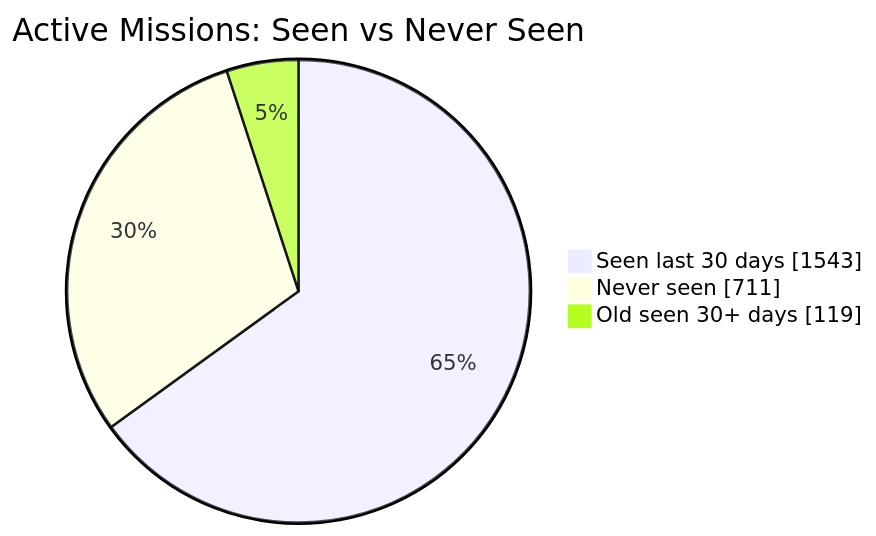
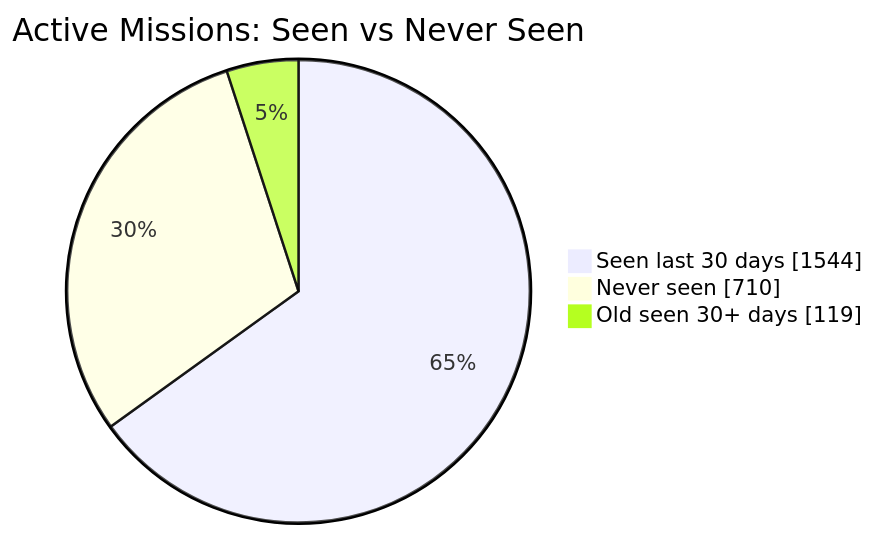
Before and after one commit to MeldkamerspelGameTeam/active-missions: the first of 2 diagrams in README.md, drawn with Mermaid. The commit also changed other lines of this file and 2 other files, not shown here.

````diff
--- a/README.md
+++ b/README.md
@@ -34,7 +34,7 @@
 ```mermaid
 pie showData
     title Active Missions: Seen vs Never Seen
-    "Seen last 30 days" : 1543
-    "Never seen" : 711
+    "Seen last 30 days" : 1544
+    "Never seen" : 710
     "Old seen 30+ days" : 119
 ```
````
